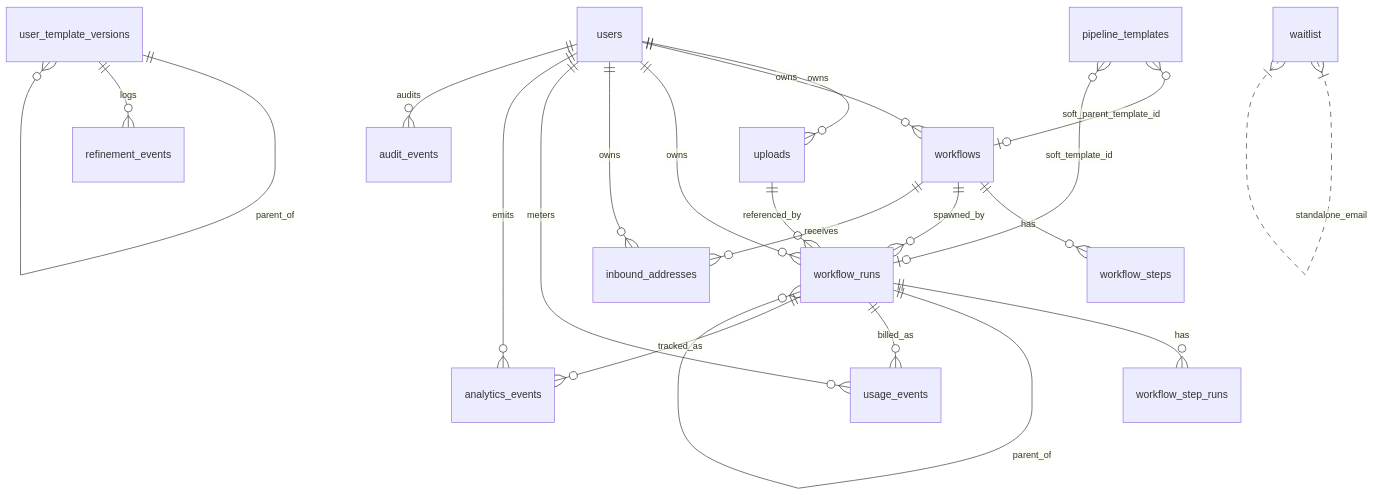
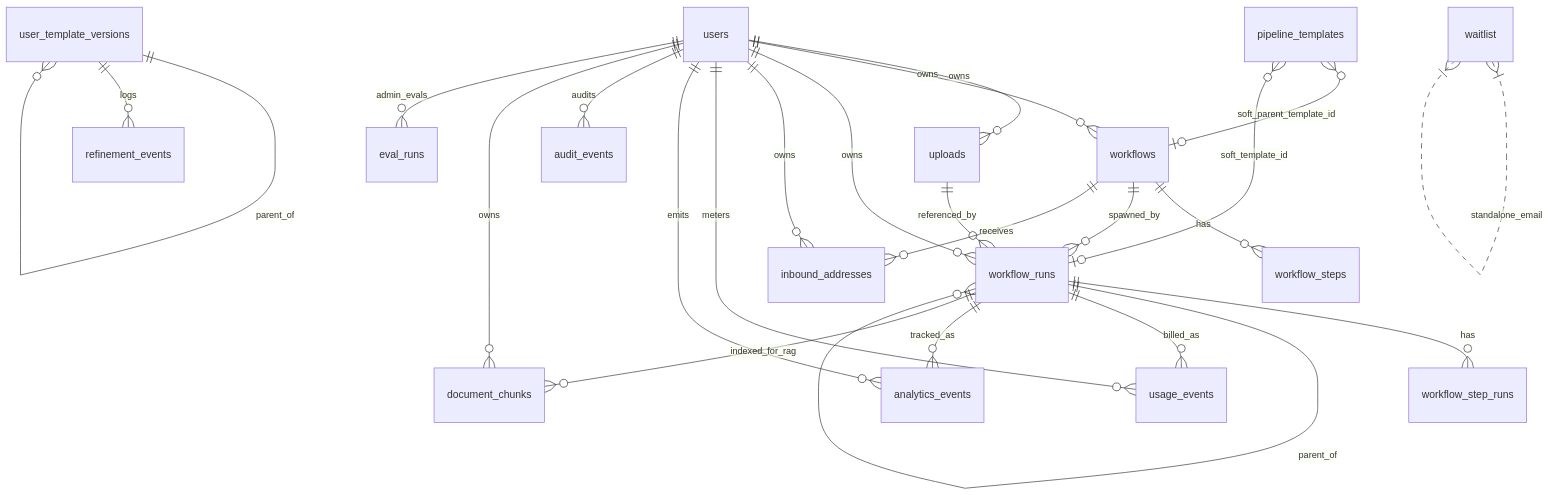
The fourth of 7 diagrams in ARCHITECTURE.md (DeadPixel27/nexora), drawn with Mermaid before and after one commit. The commit also changed other lines of this file and 17 other files, not shown here.

````diff
--- a/ARCHITECTURE.md
+++ b/ARCHITECTURE.md
@@ -290,29 +293,33 @@
 ```mermaid
 erDiagram
   users ||--o{ uploads : owns
   users ||--o{ workflows : owns
   users ||--o{ workflow_runs : owns
   users ||--o{ inbound_addresses : owns
   users ||--o{ usage_events : meters
   users ||--o{ analytics_events : emits
   users ||--o{ audit_events : audits
 
   uploads ||--o{ workflow_runs : referenced_by
 
   workflows ||--o{ workflow_steps : has
   workflows ||--o{ workflow_runs : spawned_by
   workflows ||--o{ inbound_addresses : receives
 
   workflow_runs ||--o{ workflow_step_runs : has
   workflow_runs ||--o{ workflow_runs : parent_of
   workflow_runs ||--o{ usage_events : billed_as
   workflow_runs ||--o{ analytics_events : tracked_as
+  workflow_runs ||--o{ document_chunks : indexed_for_rag
 
   user_template_versions ||--o{ user_template_versions : parent_of
   user_template_versions ||--o{ refinement_events : logs
+
+  users ||--o{ document_chunks : owns
+  users ||--o{ eval_runs : admin_evals
 
   pipeline_templates }o--o| workflows : soft_parent_template_id
   pipeline_templates }o--o| workflow_runs : soft_template_id
 
   waitlist }|..|{ waitlist : standalone_email
 ```
````
